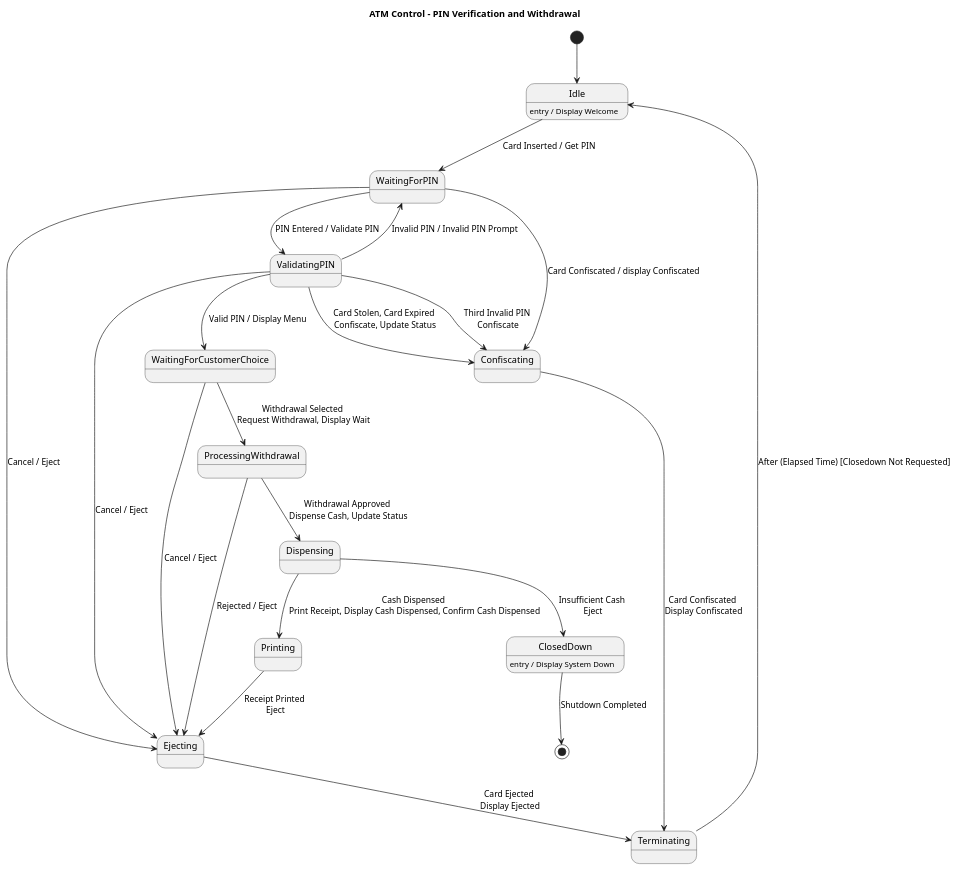
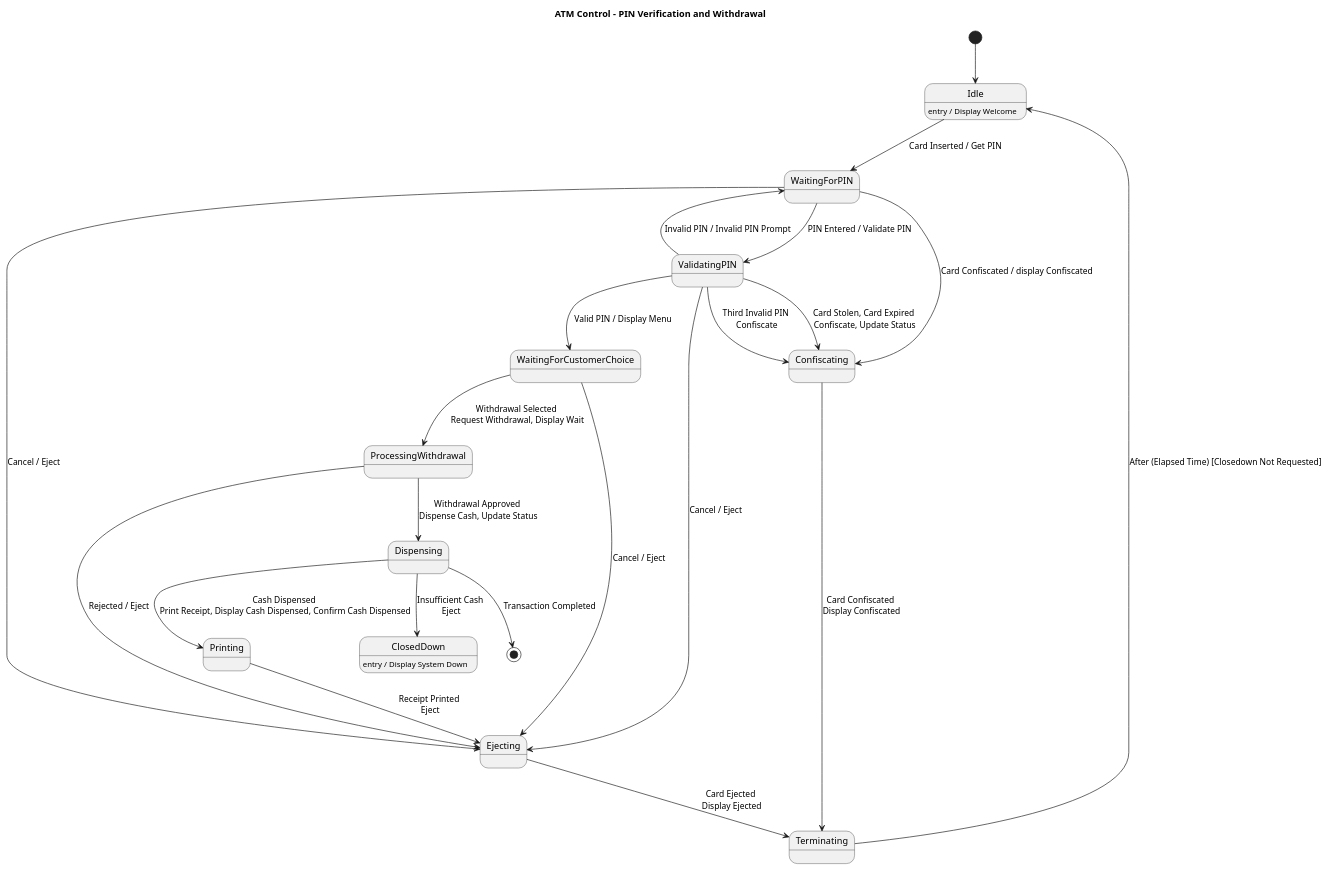
The diagram in valid_diagrams/Qwen_2.5_7B/syntax_grounded_repair/case_67_atm_many_scenarios_1/diagram.puml (maimunafaria/State_transition_Diagram_generated_by_LLM), drawn with PlantUML before and after one commit. The commit also changed 34 other files, not shown here.

```diff
--- a/valid_diagrams/Qwen_2.5_7B/syntax_grounded_repair/case_67_atm_many_scenarios_1/diagram.puml
+++ b/valid_diagrams/Qwen_2.5_7B/syntax_grounded_repair/case_67_atm_many_scenarios_1/diagram.puml
@@ -1,53 +1,53 @@
 @startuml
 title ATM Control - PIN Verification and Withdrawal
 
 [*] --> Idle
 
 state Idle
 state WaitingForPIN
 state ValidatingPIN
 state WaitingForCustomerChoice
 state ProcessingWithdrawal
 state Dispensing
 state Printing
 state Ejecting
 state Confiscating
 state Terminating
 state ClosedDown
 
 Idle : entry / Display Welcome
 ClosedDown : entry / Display System Down
 
 Idle --> WaitingForPIN : Card Inserted / Get PIN
 
 WaitingForPIN --> ValidatingPIN : PIN Entered / Validate PIN
 WaitingForPIN --> Confiscating : Card Confiscated / display Confiscated
 ValidatingPIN --> WaitingForPIN : Invalid PIN / Invalid PIN Prompt
 
 ValidatingPIN --> Confiscating : Card Stolen, Card Expired \nConfiscate, Update Status
 ValidatingPIN --> Confiscating : Third Invalid PIN \nConfiscate
 
 ValidatingPIN --> WaitingForCustomerChoice : Valid PIN / Display Menu
 
 WaitingForPIN --> Ejecting : Cancel / Eject
 WaitingForCustomerChoice --> Ejecting : Cancel / Eject
 ValidatingPIN --> Ejecting : Cancel / Eject
 
 WaitingForCustomerChoice --> ProcessingWithdrawal : Withdrawal Selected \nRequest Withdrawal, Display Wait
 
 ProcessingWithdrawal --> Dispensing : Withdrawal Approved \nDispense Cash, Update Status
 ProcessingWithdrawal --> Ejecting : Rejected / Eject
 
 Dispensing --> Printing : Cash Dispensed \nPrint Receipt, Display Cash Dispensed, Confirm Cash Dispensed
 Dispensing --> ClosedDown : Insufficient Cash \nEject
 
 Printing --> Ejecting : Receipt Printed \nEject
 
 Ejecting --> Terminating : Card Ejected \nDisplay Ejected
 Confiscating --> Terminating : Card Confiscated \nDisplay Confiscated
 
 Terminating --> Idle : After (Elapsed Time) [Closedown Not Requested]
 
-ClosedDown --> [*] : Shutdown Completed
+Dispensing --> [*] : Transaction Completed
 
 @enduml
```
